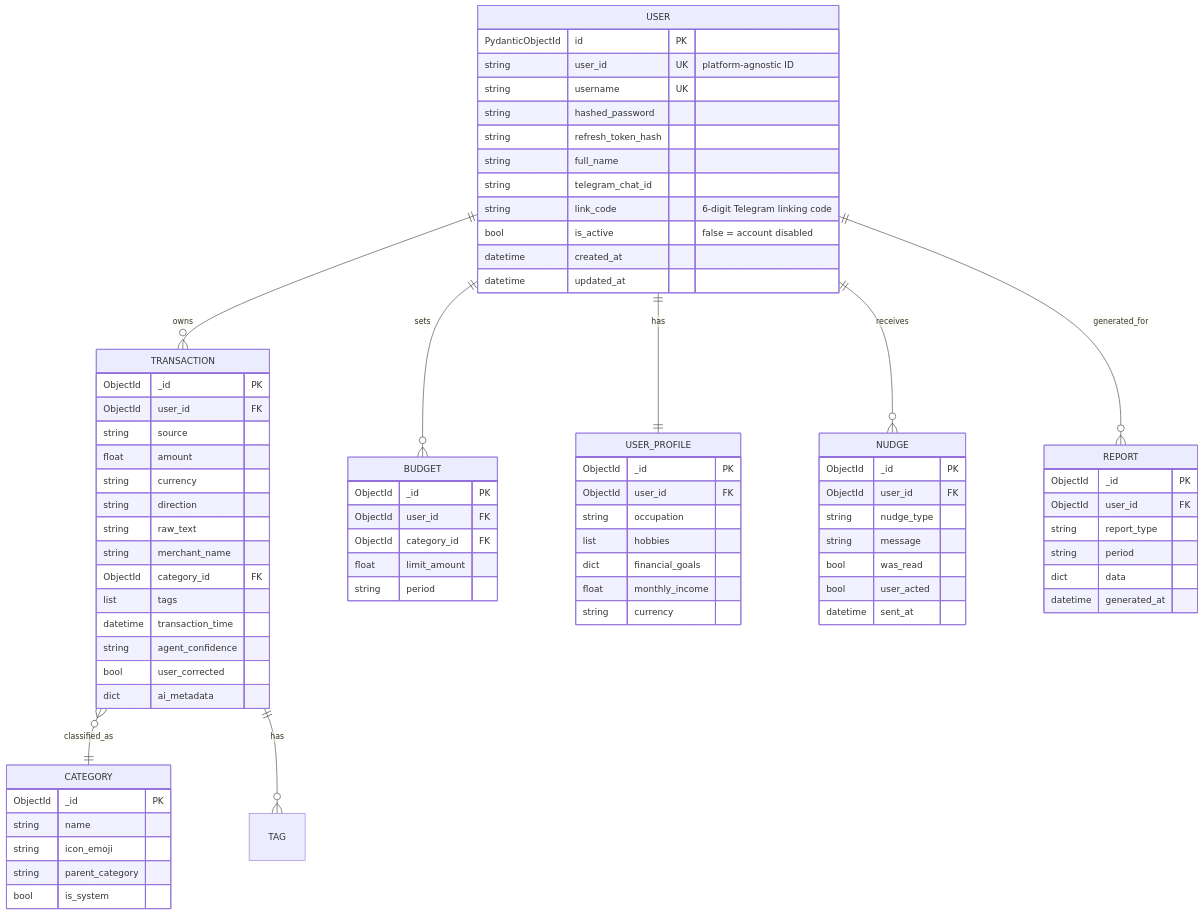
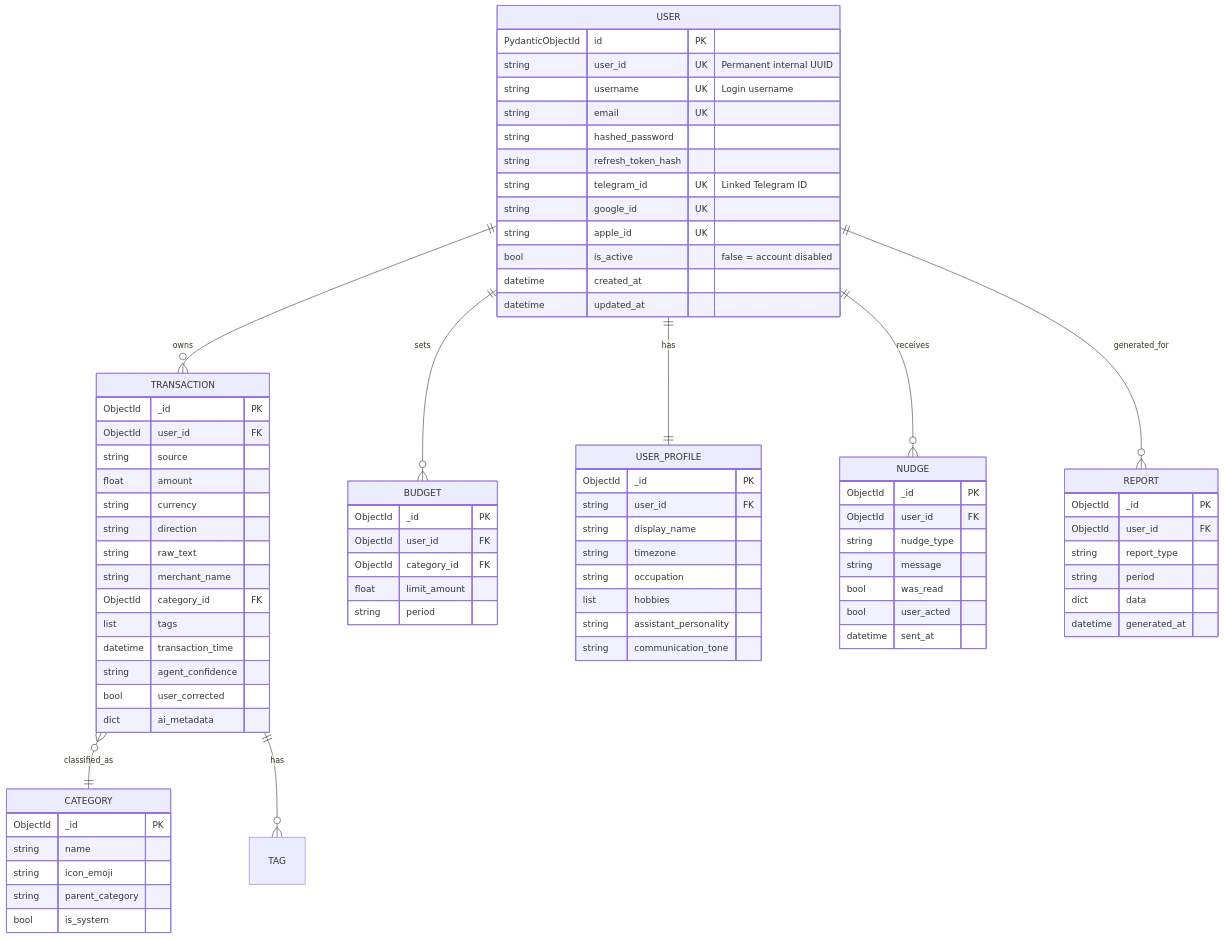
The diagram in docs/DATABASE.md (nqhuy44/chiwi), drawn with Mermaid before and after one commit. The commit also changed other lines of this file and 20 other files, not shown here.

```diff
--- a/docs/DATABASE.md
+++ b/docs/DATABASE.md
@@ -18,13 +18,14 @@
 
     USER {
         PydanticObjectId id PK
-        string user_id UK "platform-agnostic ID"
-        string username UK
+        string user_id UK "Permanent internal UUID"
+        string username UK "Login username"
+        string email UK
         string hashed_password
         string refresh_token_hash
-        string full_name
-        string telegram_chat_id
-        string link_code "6-digit Telegram linking code"
+        string telegram_id UK "Linked Telegram ID"
+        string google_id UK
+        string apple_id UK
         bool is_active "false = account disabled"
         datetime created_at
         datetime updated_at
@@ -32,12 +33,13 @@
 
     USER_PROFILE {
         ObjectId _id PK
-        ObjectId user_id FK
+        string user_id FK
+        string display_name
+        string timezone
         string occupation
         list hobbies
-        dict financial_goals
-        float monthly_income
-        string currency
+        string assistant_personality
+        string communication_tone
     }
 
     TRANSACTION {
```
